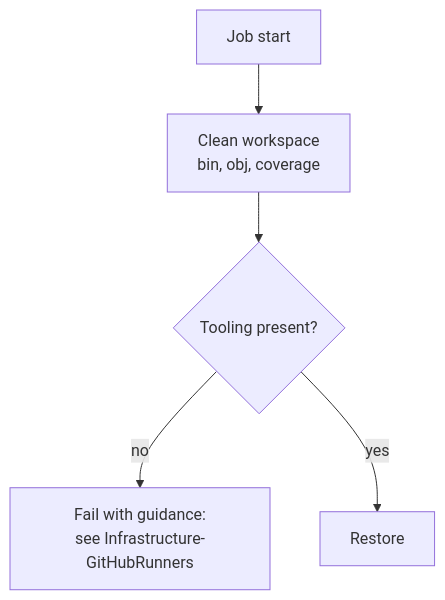
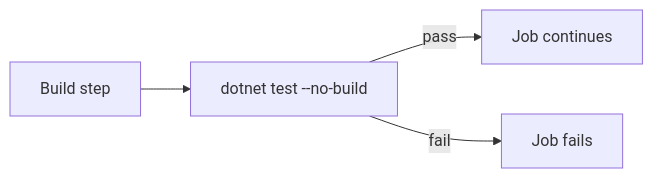
The third of 9 diagrams in docs/dev/implementation/2 - shared dotnet ci/plan.md (Klark-Morrigan/Common-DotNet), drawn with Mermaid before and after one commit. The commit also changed other lines of this file, not shown here.

````diff
--- a/docs/dev/implementation/2 - shared dotnet ci/plan.md
+++ b/docs/dev/implementation/2 - shared dotnet ci/plan.md
@@ -111,7 +133,6 @@
 ```mermaid
-flowchart TD
-  START[Job start] --> CLEAN[Clean workspace<br/>bin, obj, coverage]
-  CLEAN --> ASSERT{Tooling present?}
-  ASSERT -- no --> FAIL[Fail with guidance:<br/>see Infrastructure-GitHubRunners]
-  ASSERT -- yes --> REST[Restore]
+flowchart LR
+  BUILD[Build step] --> TEST[dotnet test --no-build]
+  TEST -->|pass| OK[Job continues]
+  TEST -->|fail| RED[Job fails]
 ```
````
